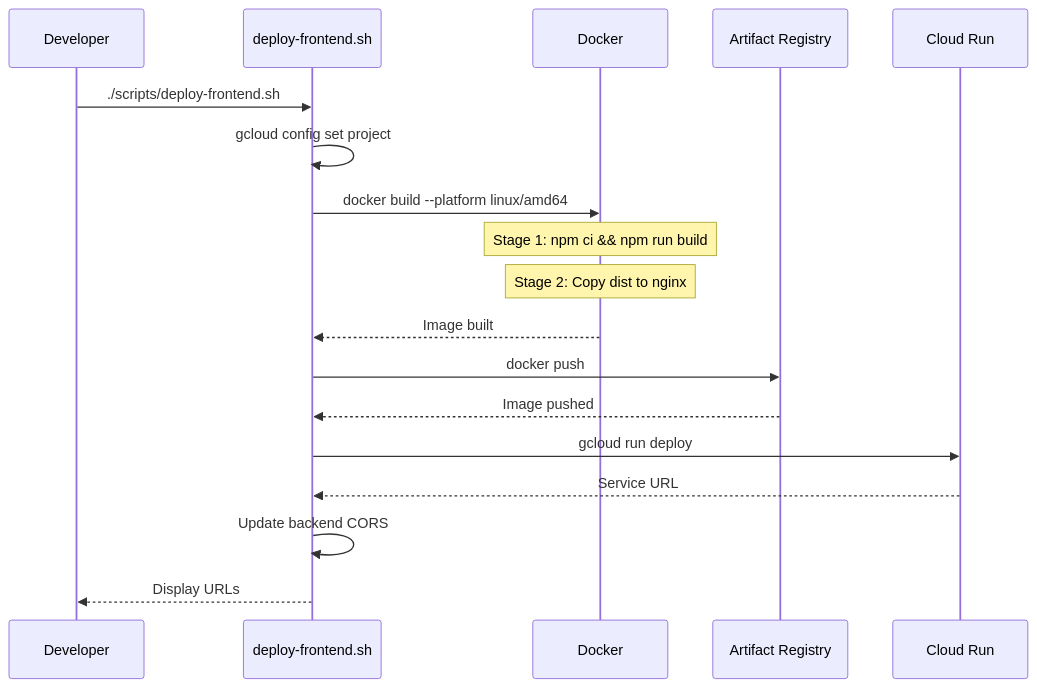
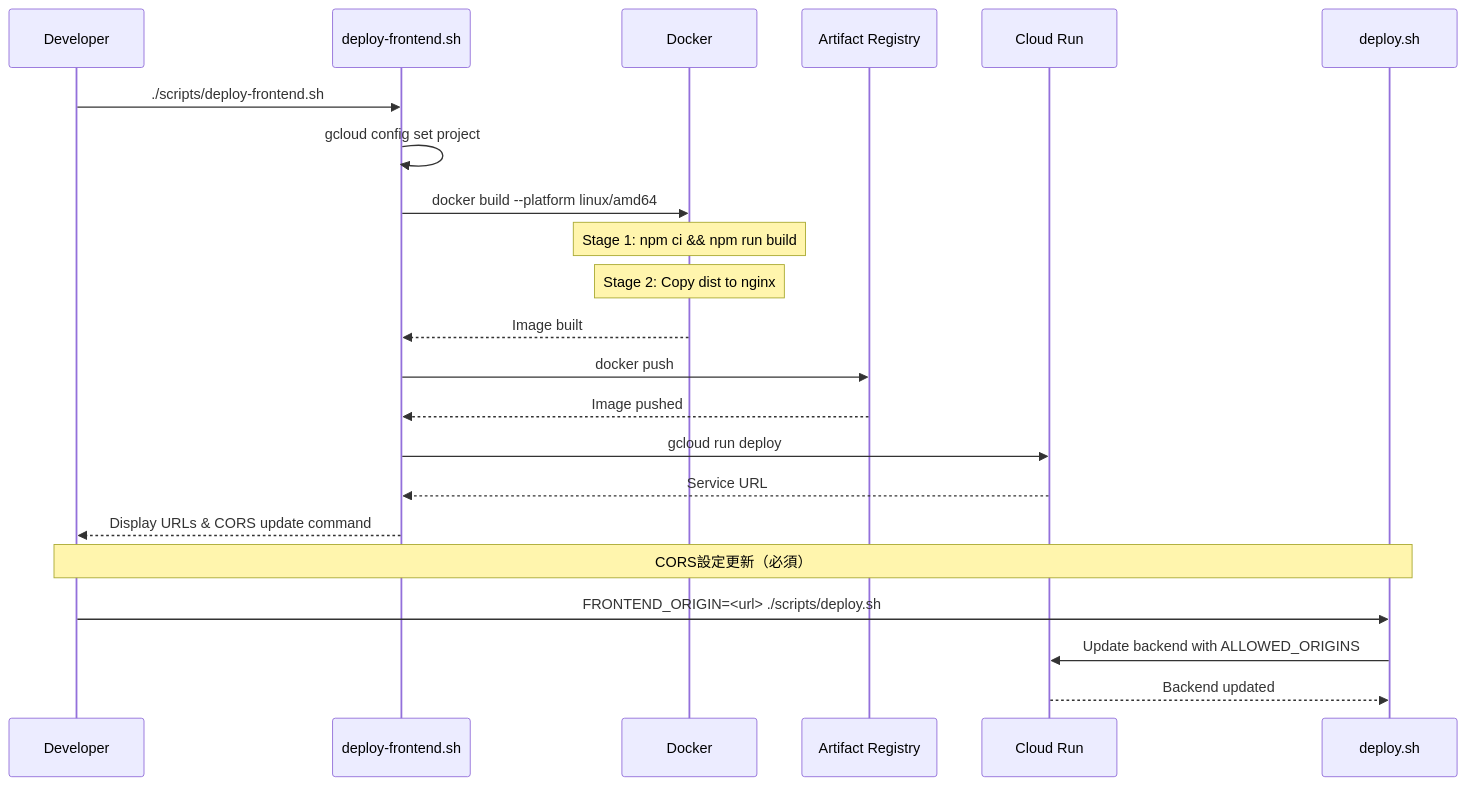
One commit to tokuj/accessibilityCheck changed the second of 3 diagrams in .kiro/specs/frontend-cloud-run-deployment/design.md. Above: the diagram before and after it, drawn with Mermaid. The commit also changed other lines of this file and 15 other files, not shown here.

````diff
--- a/.kiro/specs/frontend-cloud-run-deployment/design.md
+++ b/.kiro/specs/frontend-cloud-run-deployment/design.md
@@ -91,21 +91,26 @@
 ```mermaid
 sequenceDiagram
     participant Dev as Developer
     participant Script as deploy-frontend.sh
     participant Docker as Docker
     participant AR as Artifact Registry
     participant CR as Cloud Run
+    participant BackendScript as deploy.sh
 
     Dev->>Script: ./scripts/deploy-frontend.sh
     Script->>Script: gcloud config set project
     Script->>Docker: docker build --platform linux/amd64
     Note over Docker: Stage 1: npm ci && npm run build
     Note over Docker: Stage 2: Copy dist to nginx
     Docker-->>Script: Image built
     Script->>AR: docker push
     AR-->>Script: Image pushed
     Script->>CR: gcloud run deploy
     CR-->>Script: Service URL
-    Script->>Script: Update backend CORS
-    Script-->>Dev: Display URLs
+    Script-->>Dev: Display URLs & CORS update command
+
+    Note over Dev,BackendScript: CORS設定更新（必須）
+    Dev->>BackendScript: FRONTEND_ORIGIN=<url> ./scripts/deploy.sh
+    BackendScript->>CR: Update backend with ALLOWED_ORIGINS
+    CR-->>BackendScript: Backend updated
 ```
````
